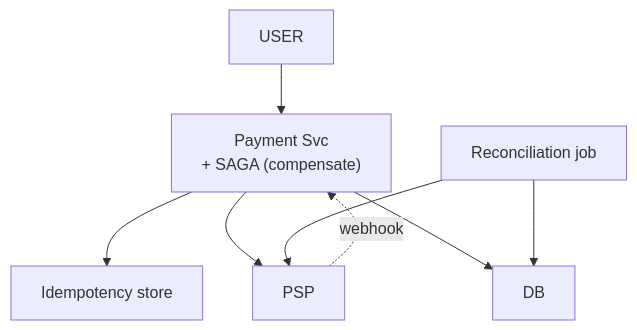
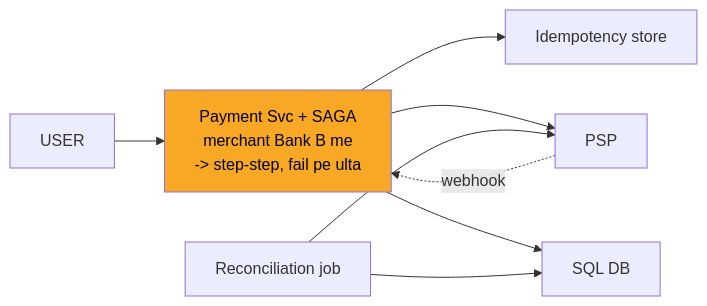
Before and after one commit to ArpanMaheshwari144/Prep: the seventh of 12 diagrams in 04_HLD/SYSTEM_DESIGNS/06_payment_system/06_payment_system.md, drawn with Mermaid. The commit also changed other lines of this file and 2 other files, not shown here.

Commit message:
notification, payment, file upload: one-day story, short cards, follow-ups with rules, highlighted diagrams

````diff
--- a/04_HLD/SYSTEM_DESIGNS/06_payment_system/06_payment_system.md
+++ b/04_HLD/SYSTEM_DESIGNS/06_payment_system/06_payment_system.md
@@ -255,16 +268,17 @@
 ```mermaid
-flowchart TD
+flowchart LR
     n_USER["USER"]
-    n_Payment_Svc["Payment Svc<br/>+ SAGA (compensate)"]
+    n_Payment_Svc["Payment Svc + SAGA<br/>merchant Bank B me<br/>-> step-step, fail pe ulta"]
     n_Idempotency_store["Idempotency store"]
     n_PSP["PSP"]
-    n_DB["DB"]
+    n_DB["SQL DB"]
     n_Reconciliation_job["Reconciliation job"]
     n_USER --> n_Payment_Svc
     n_Payment_Svc --> n_Idempotency_store
     n_Payment_Svc --> n_PSP
     n_Payment_Svc --> n_DB
     n_Reconciliation_job --> n_DB
     n_Reconciliation_job --> n_PSP
     n_PSP -.->|webhook| n_Payment_Svc
+    style n_Payment_Svc fill:#f9a825,color:#000
 ```
````
